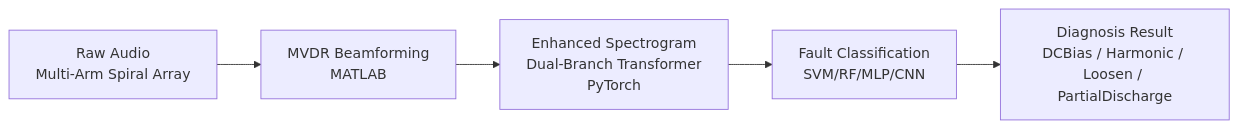
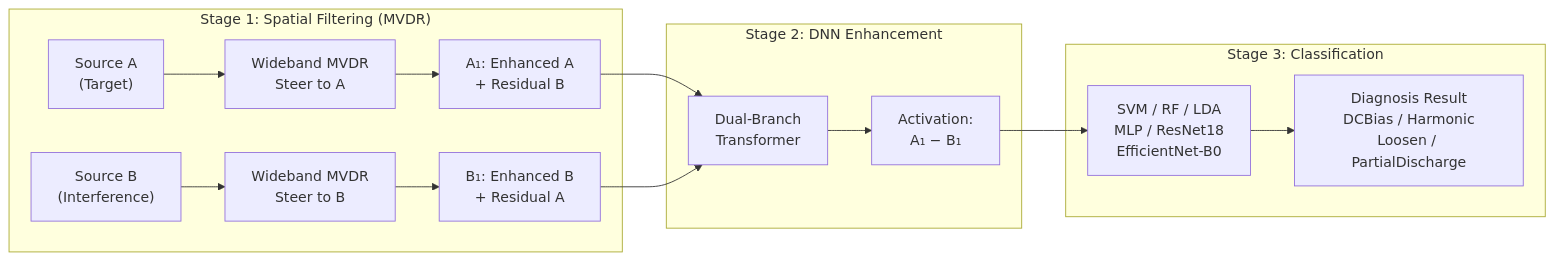
One commit to 1052554665/mvdr-based-on-multi-arm-spiral-array changed the first of 3 diagrams in README.md. Above: the diagram before and after it, drawn with Mermaid. The commit also changed other lines of this file and 1 other file, not shown here.

````diff
--- a/README.md
+++ b/README.md
@@ -7,7 +7,18 @@
 ```mermaid
 flowchart LR
-    A[Raw Audio<br/>Multi-Arm Spiral Array] --> B[MVDR Beamforming<br/>MATLAB]
-    B --> C[Enhanced Spectrogram<br/>Dual-Branch Transformer<br/>PyTorch]
-    C --> D[Fault Classification<br/>SVM/RF/MLP/CNN]
-    D --> E[Diagnosis Result<br/>DCBias / Harmonic / Loosen / PartialDischarge]
+    subgraph Stage1["Stage 1: Spatial Filtering (MVDR)"]
+        A["Source A<br/>(Target)"] --> MVDR_A["Wideband MVDR<br/>Steer to A"]
+        B["Source B<br/>(Interference)"] --> MVDR_B["Wideband MVDR<br/>Steer to B"]
+        MVDR_A --> A1["A₁: Enhanced A<br/>+ Residual B"]
+        MVDR_B --> B1["B₁: Enhanced B<br/>+ Residual A"]
+    end
+    subgraph Stage2["Stage 2: DNN Enhancement"]
+        A1 --> DNN["Dual-Branch<br/>Transformer"]
+        B1 --> DNN
+        DNN --> DIFF["Activation:<br/>A₁ − B₁"]
+    end
+    subgraph Stage3["Stage 3: Classification"]
+        DIFF --> CLF["SVM / RF / LDA<br/>MLP / ResNet18<br/>EfficientNet-B0"]
+        CLF --> RESULT["Diagnosis Result<br/>DCBias / Harmonic<br/>Loosen / PartialDischarge"]
+    end
 ```
````
